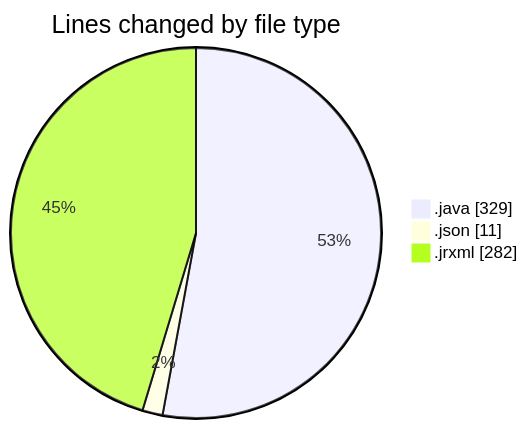
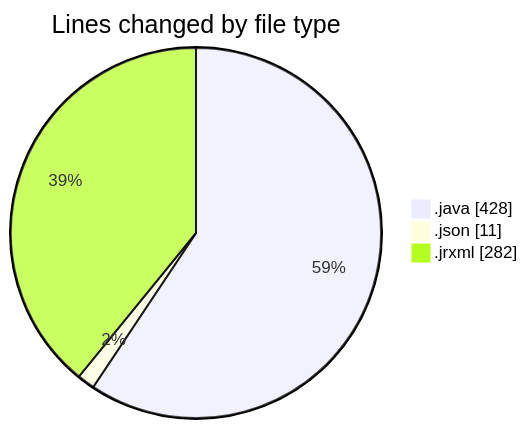
The first of 2 diagrams in 2026-09-16/cilreports__workspace_/README.md (ricardozamudiocil/code-tracking), drawn with Mermaid before and after one commit. The commit also changed other lines of this file and 1 other file, not shown here.

````diff
--- a/2026-09-16/cilreports__workspace_/README.md
+++ b/2026-09-16/cilreports__workspace_/README.md
@@ -22,7 +23,7 @@
 ```mermaid
 pie showData
 title Lines changed by file type
-".java" : 329
+".java" : 428
 ".json" : 11
 ".jrxml" : 282
 ```
````
